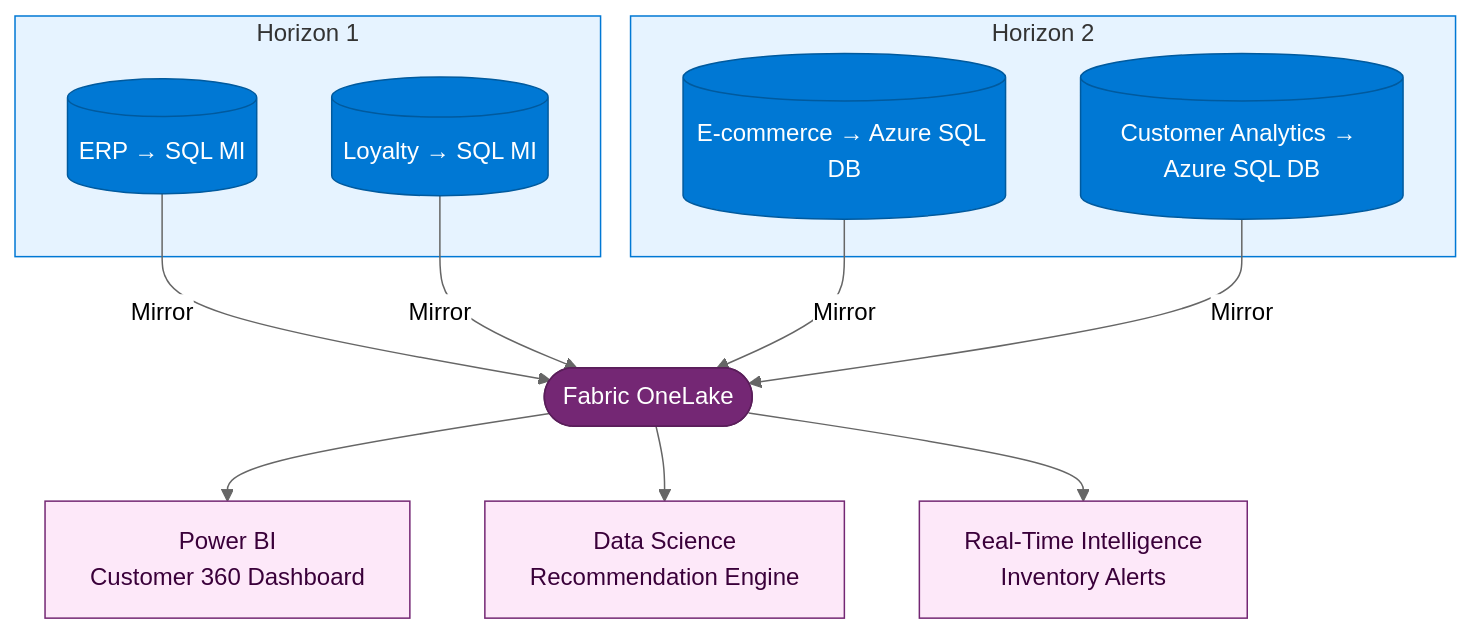
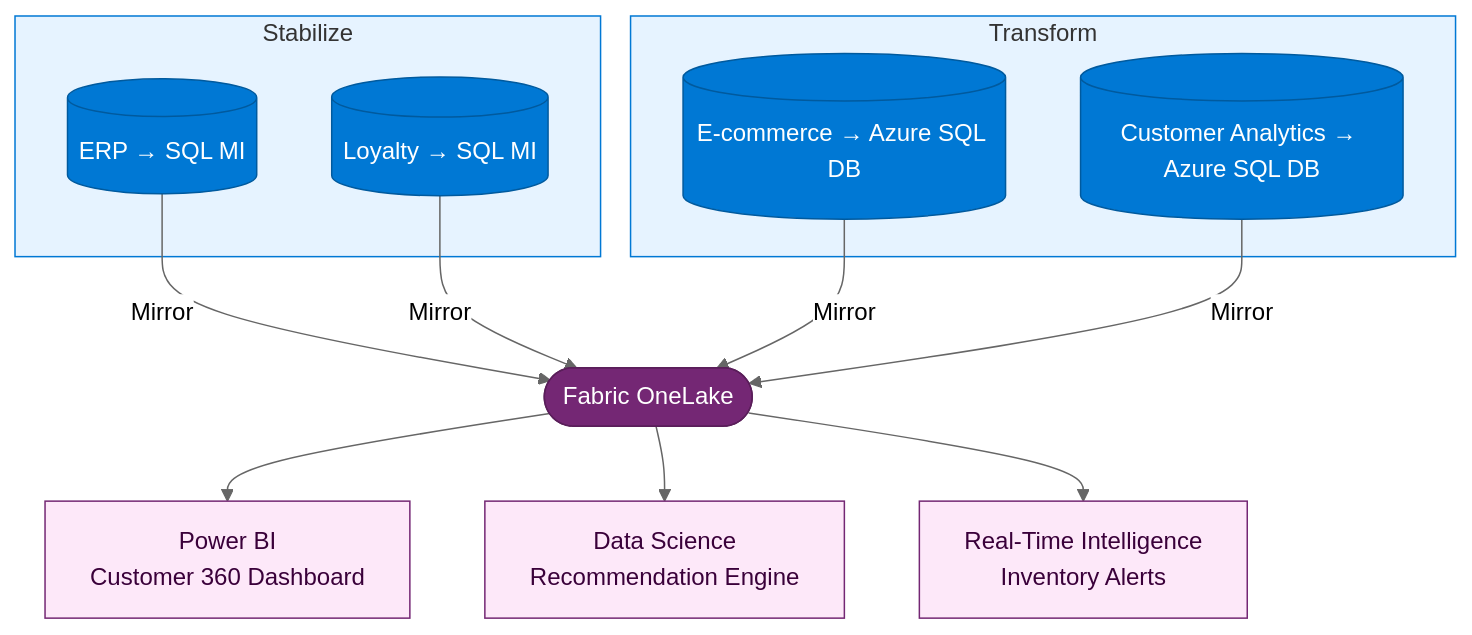
One commit to jonathan-vella/dc2fabric changed the diagram in site/src/content/docs/industries/retail.md. Above: the diagram before and after it, drawn with Mermaid. The commit also changed other lines of this file and 17 other files, not shown here.

````diff
--- a/site/src/content/docs/industries/retail.md
+++ b/site/src/content/docs/industries/retail.md
@@ -80,28 +80,28 @@
 ```mermaid
 %%{init: {'theme':'neutral'}}%%
 graph TB
   classDef azure   fill:#0078d4,stroke:#005a9e,color:#fff
   classDef onelake fill:#742774,stroke:#5a1e5a,color:#fff
   classDef bi      fill:#fde8f9,stroke:#742774,color:#3a003a
-  subgraph h1["Horizon 1"]
+  subgraph h1["Stabilize"]
     ERP[("ERP → SQL MI")]:::azure
     LOYALTY[("Loyalty → SQL MI")]:::azure
   end
-  subgraph h2["Horizon 2"]
+  subgraph h2["Transform"]
     ECOM[("E-commerce → Azure SQL DB")]:::azure
     CUST[("Customer Analytics → Azure SQL DB")]:::azure
   end
   FAB(["Fabric OneLake"]):::onelake
   PBI["Power BI<br/>Customer 360 Dashboard"]:::bi
   ML["Data Science<br/>Recommendation Engine"]:::bi
   RTI["Real-Time Intelligence<br/>Inventory Alerts"]:::bi
   ERP -->|"Mirror"| FAB
   LOYALTY -->|"Mirror"| FAB
   ECOM -->|"Mirror"| FAB
   CUST -->|"Mirror"| FAB
   FAB --> PBI
   FAB --> ML
   FAB --> RTI
   style h1 fill:#e6f3ff,stroke:#0078d4
   style h2 fill:#e6f3ff,stroke:#0078d4
 ```
````
